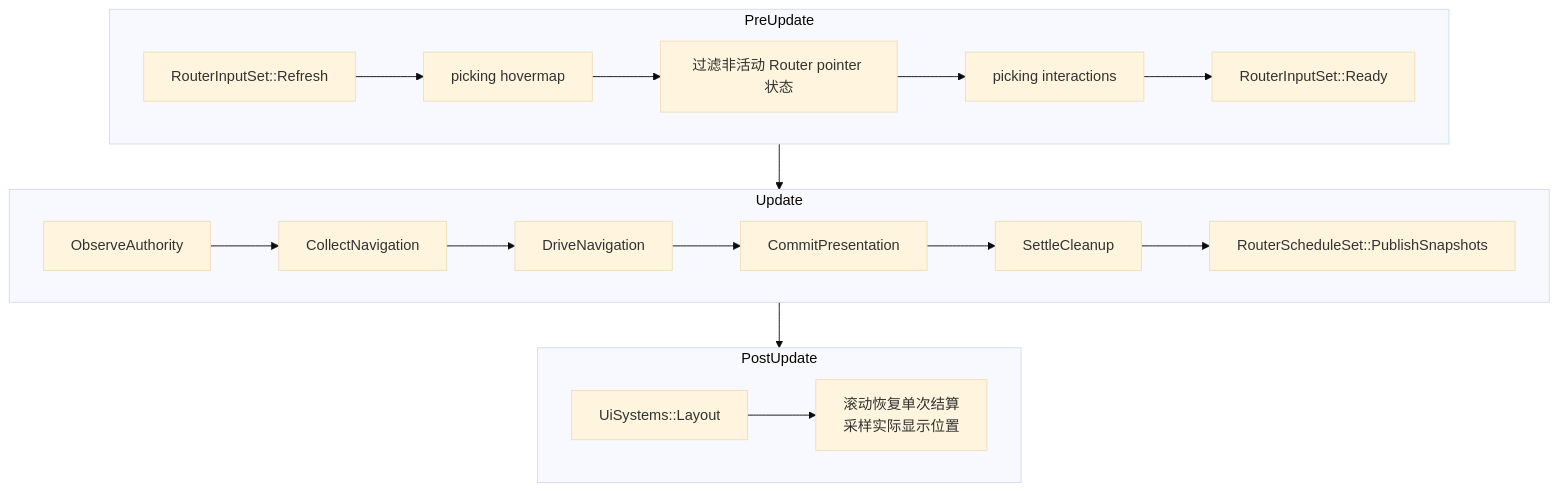
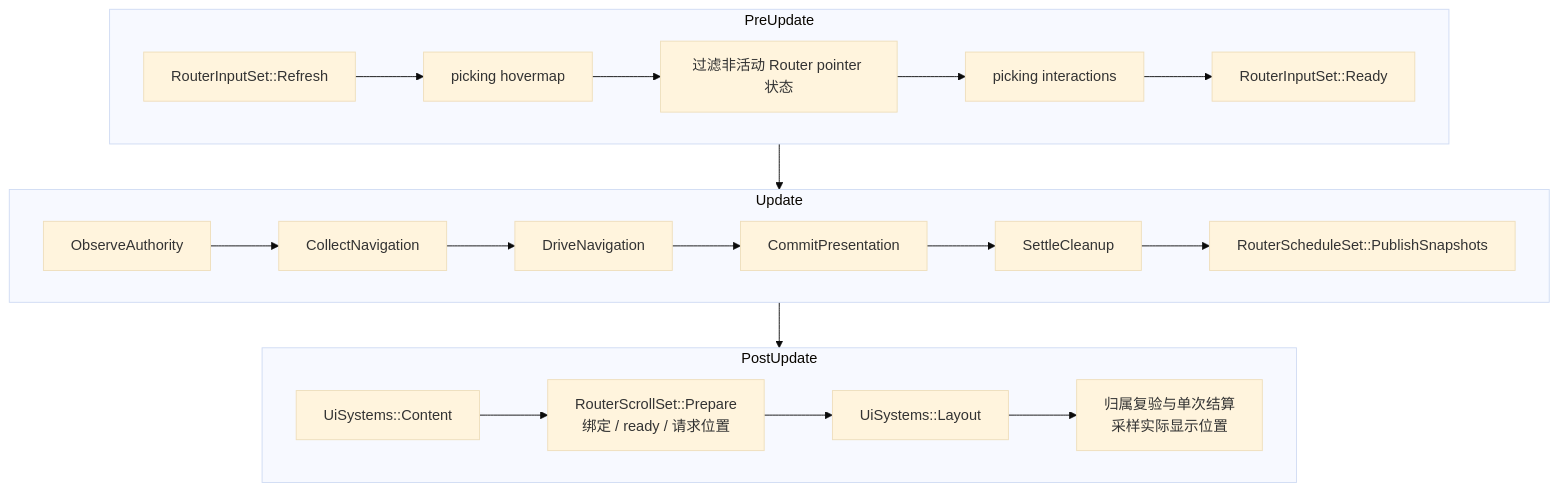
The third of 3 diagrams in docs/architecture/runtime.md (shengyusi-SYS/bevy_ui_router), drawn with Mermaid (base theme) before and after one commit. The commit also changed other lines of this file and 22 other files, not shown here.

````diff
--- a/docs/architecture/runtime.md
+++ b/docs/architecture/runtime.md
@@ -115,24 +117,26 @@
 ```mermaid
 flowchart TB
     subgraph PreUpdate
         direction LR
         Refresh["RouterInputSet::Refresh"] --> HoverMap["picking hovermap"]
         HoverMap --> Filter["过滤非活动 Router pointer 状态"]
         Filter --> Interaction["picking interactions"]
         Interaction --> Ready["RouterInputSet::Ready"]
     end
     subgraph Update
         direction LR
         Observe["ObserveAuthority"] --> Collect["CollectNavigation"]
         Collect --> Drive["DriveNavigation"]
         Drive --> Commit["CommitPresentation"]
         Commit --> Cleanup["SettleCleanup"]
         Cleanup --> Publish["RouterScheduleSet::PublishSnapshots"]
     end
     subgraph PostUpdate
         direction LR
-        Layout["UiSystems::Layout"] --> Scroll["滚动恢复单次结算<br/>采样实际显示位置"]
+        Content["UiSystems::Content"] --> Prepare["RouterScrollSet::Prepare<br/>绑定 / ready / 请求位置"]
+        Prepare --> Layout["UiSystems::Layout"]
+        Layout --> Scroll["归属复验与单次结算<br/>采样实际显示位置"]
     end
     Ready --> Observe
-    Publish --> Layout
+    Publish --> Content
 ```
````
